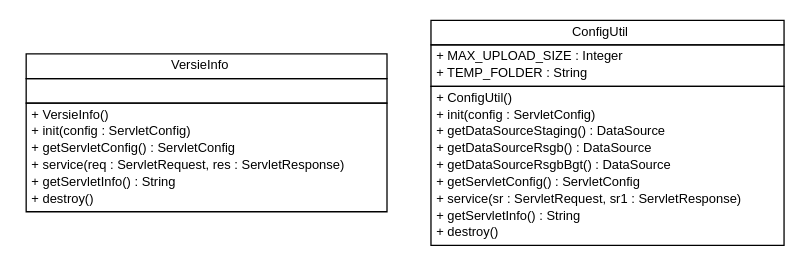
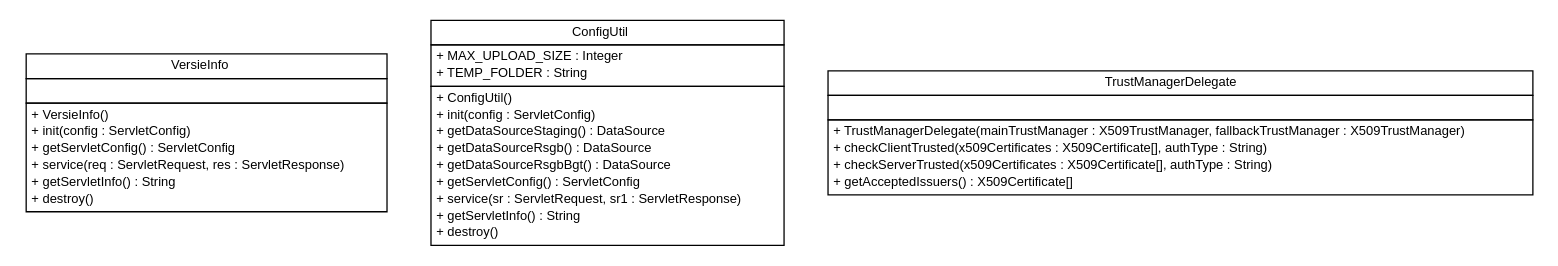
One commit to B3Partners/brmo changed the diagram in brmo-service/apidocs/nl/b3p/brmo/service/util/nl.b3p.brmo.service.util.dot. Above: the diagram before and after it, drawn with Graphviz. The commit also changed 237 other files, not shown here.

```diff
--- a/brmo-service/apidocs/nl/b3p/brmo/service/util/nl.b3p.brmo.service.util.dot
+++ b/brmo-service/apidocs/nl/b3p/brmo/service/util/nl.b3p.brmo.service.util.dot
@@ -1,50 +1,65 @@
 #!/usr/local/bin/dot
 #
 # Class diagram 
 # Generated by UMLGraph version R5_6-24-gf6e263 (http://www.umlgraph.org/)
 #
 
 digraph G {
 	edge [fontname="Helvetica",fontsize=10,labelfontname="Helvetica",labelfontsize=10];
 	node [fontname="Helvetica",fontsize=10,shape=plaintext];
 	nodesep=0.25;
 	ranksep=0.5;
 	// nl.b3p.brmo.service.util.VersieInfo
-	c189 [label=<<table title="nl.b3p.brmo.service.util.VersieInfo" border="0" cellborder="1" cellspacing="0" cellpadding="2" port="p" href="./VersieInfo.html">
+	c193 [label=<<table title="nl.b3p.brmo.service.util.VersieInfo" border="0" cellborder="1" cellspacing="0" cellpadding="2" port="p" href="./VersieInfo.html">
 		<tr><td><table border="0" cellspacing="0" cellpadding="1">
 <tr><td align="center" balign="center"> VersieInfo </td></tr>
 		</table></td></tr>
 		<tr><td><table border="0" cellspacing="0" cellpadding="1">
 <tr><td align="left" balign="left">  </td></tr>
 		</table></td></tr>
 		<tr><td><table border="0" cellspacing="0" cellpadding="1">
 <tr><td align="left" balign="left"> + VersieInfo() </td></tr>
 <tr><td align="left" balign="left"> + init(config : ServletConfig) </td></tr>
 <tr><td align="left" balign="left"> + getServletConfig() : ServletConfig </td></tr>
 <tr><td align="left" balign="left"> + service(req : ServletRequest, res : ServletResponse) </td></tr>
 <tr><td align="left" balign="left"> + getServletInfo() : String </td></tr>
 <tr><td align="left" balign="left"> + destroy() </td></tr>
 		</table></td></tr>
 		</table>>, URL="./VersieInfo.html", fontname="Helvetica", fontcolor="black", fontsize=10.0];
 	// nl.b3p.brmo.service.util.ConfigUtil
-	c190 [label=<<table title="nl.b3p.brmo.service.util.ConfigUtil" border="0" cellborder="1" cellspacing="0" cellpadding="2" port="p" href="./ConfigUtil.html">
+	c194 [label=<<table title="nl.b3p.brmo.service.util.ConfigUtil" border="0" cellborder="1" cellspacing="0" cellpadding="2" port="p" href="./ConfigUtil.html">
 		<tr><td><table border="0" cellspacing="0" cellpadding="1">
 <tr><td align="center" balign="center"> ConfigUtil </td></tr>
 		</table></td></tr>
 		<tr><td><table border="0" cellspacing="0" cellpadding="1">
 <tr><td align="left" balign="left"> + MAX_UPLOAD_SIZE : Integer </td></tr>
 <tr><td align="left" balign="left"> + TEMP_FOLDER : String </td></tr>
 		</table></td></tr>
 		<tr><td><table border="0" cellspacing="0" cellpadding="1">
 <tr><td align="left" balign="left"> + ConfigUtil() </td></tr>
 <tr><td align="left" balign="left"> + init(config : ServletConfig) </td></tr>
 <tr><td align="left" balign="left"> + getDataSourceStaging() : DataSource </td></tr>
 <tr><td align="left" balign="left"> + getDataSourceRsgb() : DataSource </td></tr>
 <tr><td align="left" balign="left"> + getDataSourceRsgbBgt() : DataSource </td></tr>
 <tr><td align="left" balign="left"> + getServletConfig() : ServletConfig </td></tr>
 <tr><td align="left" balign="left"> + service(sr : ServletRequest, sr1 : ServletResponse) </td></tr>
 <tr><td align="left" balign="left"> + getServletInfo() : String </td></tr>
 <tr><td align="left" balign="left"> + destroy() </td></tr>
 		</table></td></tr>
 		</table>>, URL="./ConfigUtil.html", fontname="Helvetica", fontcolor="black", fontsize=10.0];
+	// nl.b3p.brmo.service.util.TrustManagerDelegate
+	c195 [label=<<table title="nl.b3p.brmo.service.util.TrustManagerDelegate" border="0" cellborder="1" cellspacing="0" cellpadding="2" port="p" href="./TrustManagerDelegate.html">
+		<tr><td><table border="0" cellspacing="0" cellpadding="1">
+<tr><td align="center" balign="center"> TrustManagerDelegate </td></tr>
+		</table></td></tr>
+		<tr><td><table border="0" cellspacing="0" cellpadding="1">
+<tr><td align="left" balign="left">  </td></tr>
+		</table></td></tr>
+		<tr><td><table border="0" cellspacing="0" cellpadding="1">
+<tr><td align="left" balign="left"> + TrustManagerDelegate(mainTrustManager : X509TrustManager, fallbackTrustManager : X509TrustManager) </td></tr>
+<tr><td align="left" balign="left"> + checkClientTrusted(x509Certificates : X509Certificate[], authType : String) </td></tr>
+<tr><td align="left" balign="left"> + checkServerTrusted(x509Certificates : X509Certificate[], authType : String) </td></tr>
+<tr><td align="left" balign="left"> + getAcceptedIssuers() : X509Certificate[] </td></tr>
+		</table></td></tr>
+		</table>>, URL="./TrustManagerDelegate.html", fontname="Helvetica", fontcolor="black", fontsize=10.0];
 }
```
